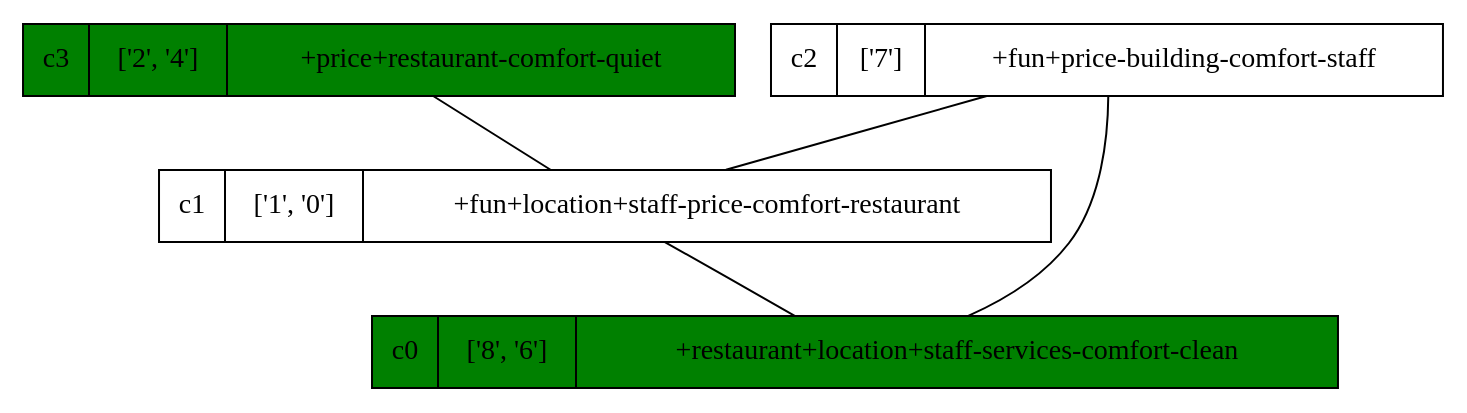
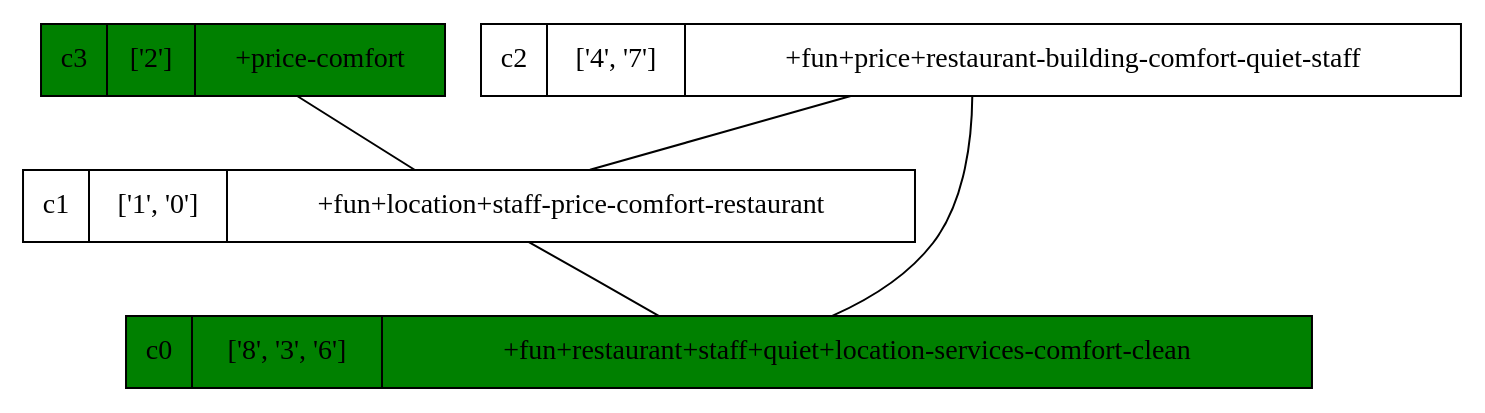
The diagram in eg3/final_graph.dot (nicorotstein/juan_alberto), drawn with Graphviz before and after one commit. The commit also changed 23 other files, not shown here.

```diff
--- a/eg3/final_graph.dot
+++ b/eg3/final_graph.dot
@@ -1,10 +1,10 @@
 strict digraph G {
-c3 [shape=record, label="c3 | ['2', '4'] | +price+restaurant-comfort-quiet", style=filled, fillcolor=green];
-c2 [shape=record, label="c2 | ['7'] | +fun+price-building-comfort-staff"];
+c3 [shape=record, label="c3 | ['2'] | +price-comfort", style=filled, fillcolor=green];
+c2 [shape=record, label="c2 | ['4', '7'] | +fun+price+restaurant-building-comfort-quiet-staff"];
 c1 [shape=record, label="c1 | ['1', '0'] | +fun+location+staff-price-comfort-restaurant"];
-c0 [shape=record, label="c0 | ['8', '6'] | +restaurant+location+staff-services-comfort-clean", style=filled, fillcolor=green];
+c0 [shape=record, label="c0 | ['8', '3', '6'] | +fun+restaurant+staff+quiet+location-services-comfort-clean", style=filled, fillcolor=green];
 c3 -> c1  [dir=none];
 c2 -> c1  [dir=none];
 c2 -> c0  [dir=none];
 c1 -> c0  [dir=none];
 }
```
